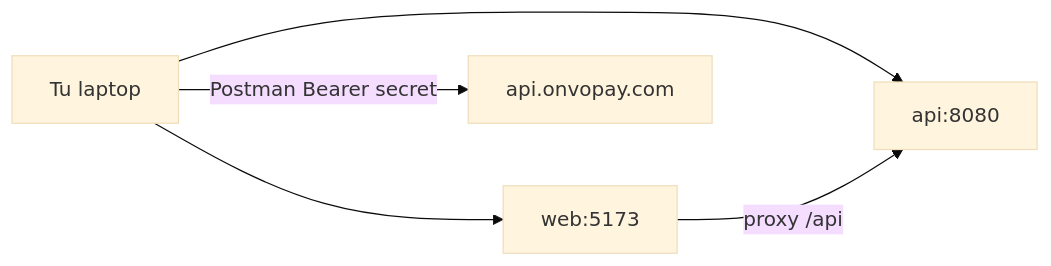
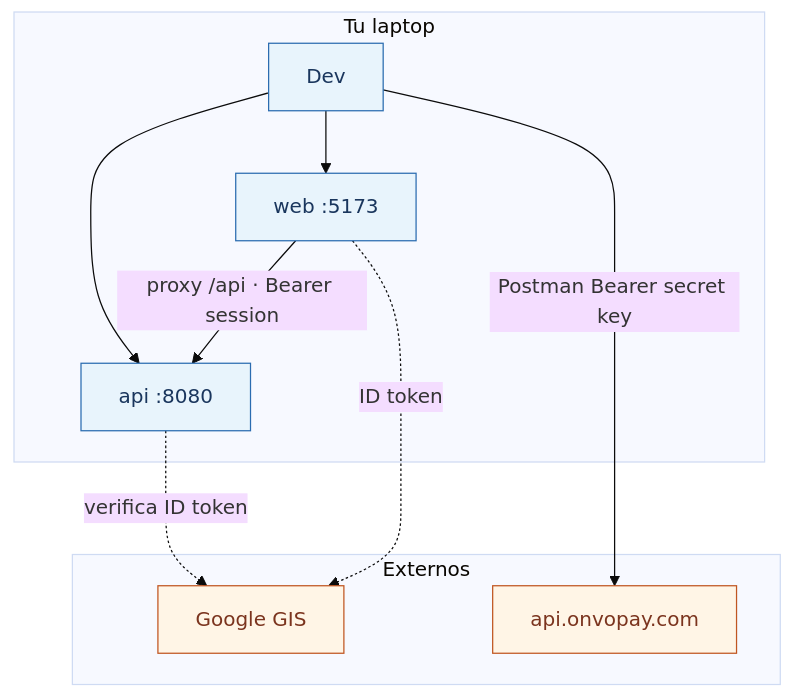
The diagram in 04-Learning Path/springs/S00-laboratorio-y-keys.md (PlatformCR/Platform), drawn with Mermaid (base theme) before and after one commit. The commit also changed other lines of this file and 10 other files, not shown here.

````diff
--- a/04-Learning Path/springs/S00-laboratorio-y-keys.md
+++ b/04-Learning Path/springs/S00-laboratorio-y-keys.md
@@ -34,11 +36,25 @@
 ```mermaid
-flowchart LR
-  Dev[Tu laptop]
-  Api[api:8080]
-  Web[web:5173]
-  Onvo[api.onvopay.com]
+flowchart TB
+  subgraph Lab["Tu laptop"]
+    Dev["Dev"]
+    Api["api :8080"]
+    Web["web :5173"]
+  end
+
+  subgraph Ext["Externos"]
+    Onvo["api.onvopay.com"]
+    Google["Google GIS"]
+  end
+
   Dev --> Api
   Dev --> Web
-  Web -->|proxy /api| Api
-  Dev -->|Postman Bearer secret| Onvo
+  Web -->|"proxy /api · Bearer session"| Api
+  Dev -->|"Postman Bearer secret key"| Onvo
+  Web -.->|"ID token"| Google
+  Api -.->|"verifica ID token"| Google
+
+  classDef local fill:#e8f4fc,stroke:#2b6cb0,color:#1a365d
+  classDef ext fill:#fff5e6,stroke:#c05621,color:#7b341e
+  class Dev,Api,Web local
+  class Onvo,Google ext
 ```
````
